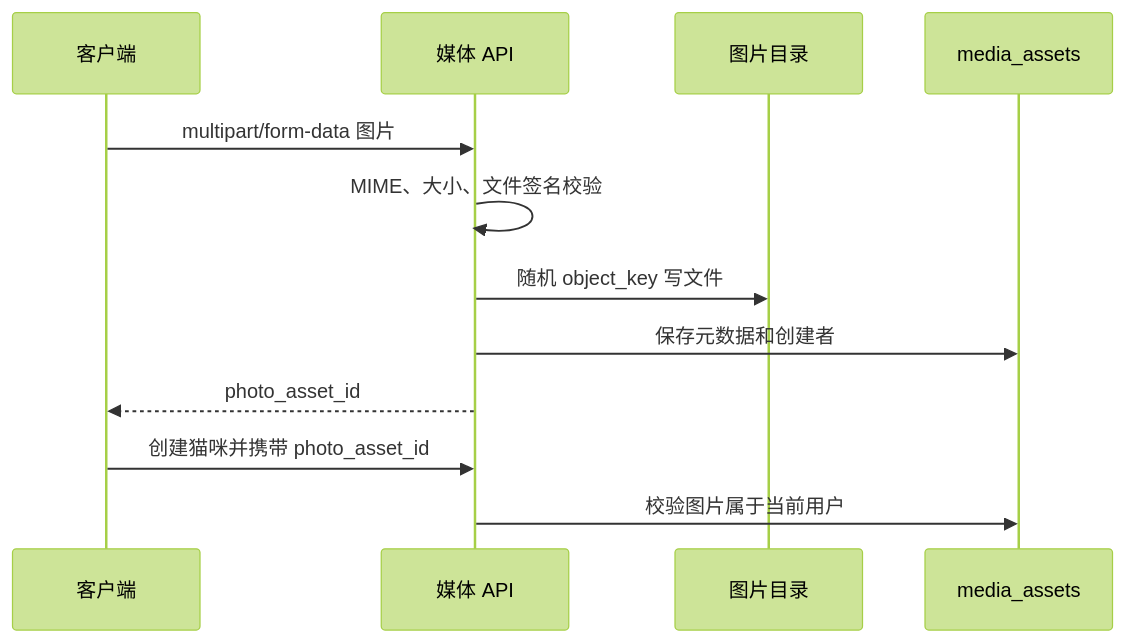
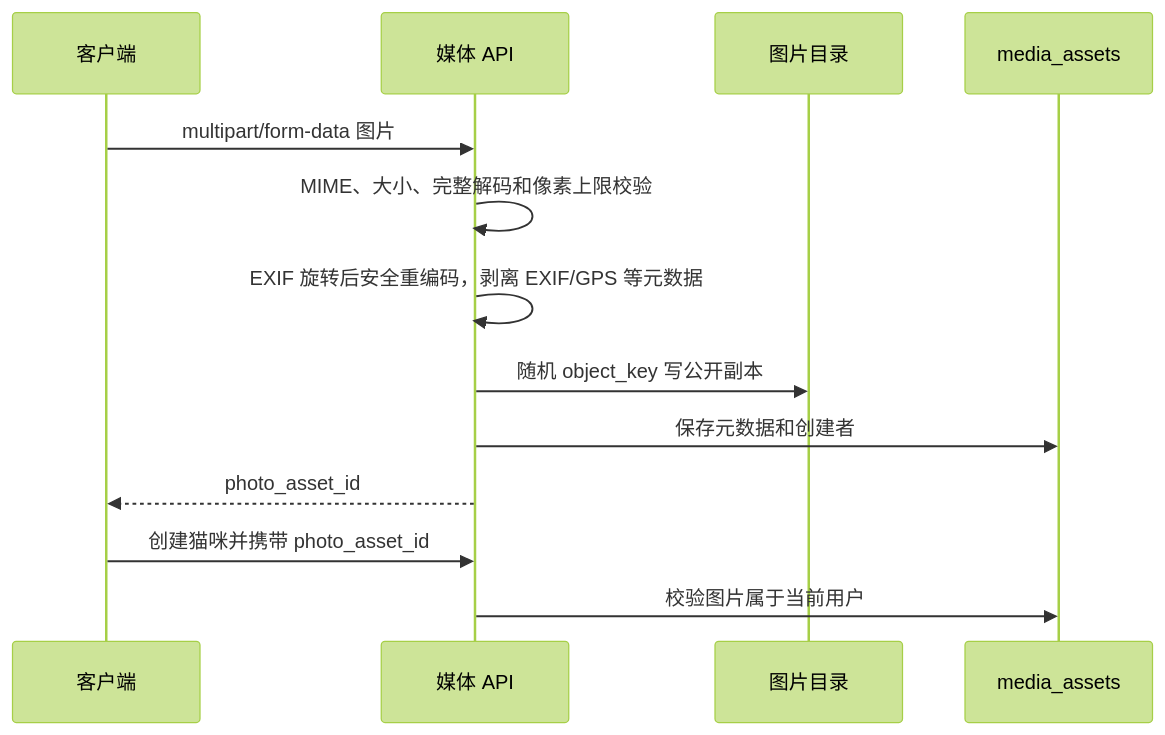
The third of 3 diagrams in docs/wiki/核心业务流程.md (pig-tongzhi/help-cat), drawn with Mermaid (forest theme) before and after one commit. The commit also changed other lines of this file and 6 other files, not shown here.

````diff
--- a/docs/wiki/核心业务流程.md
+++ b/docs/wiki/核心业务流程.md
@@ -132,14 +132,15 @@
 ```mermaid
 sequenceDiagram
     participant C as 客户端
     participant API as 媒体 API
     participant FS as 图片目录
     participant DB as media_assets
     C->>API: multipart/form-data 图片
-    API->>API: MIME、大小、文件签名校验
-    API->>FS: 随机 object_key 写文件
+    API->>API: MIME、大小、完整解码和像素上限校验
+    API->>API: EXIF 旋转后安全重编码，剥离 EXIF/GPS 等元数据
+    API->>FS: 随机 object_key 写公开副本
     API->>DB: 保存元数据和创建者
     API-->>C: photo_asset_id
     C->>API: 创建猫咪并携带 photo_asset_id
     API->>DB: 校验图片属于当前用户
 ```
````
